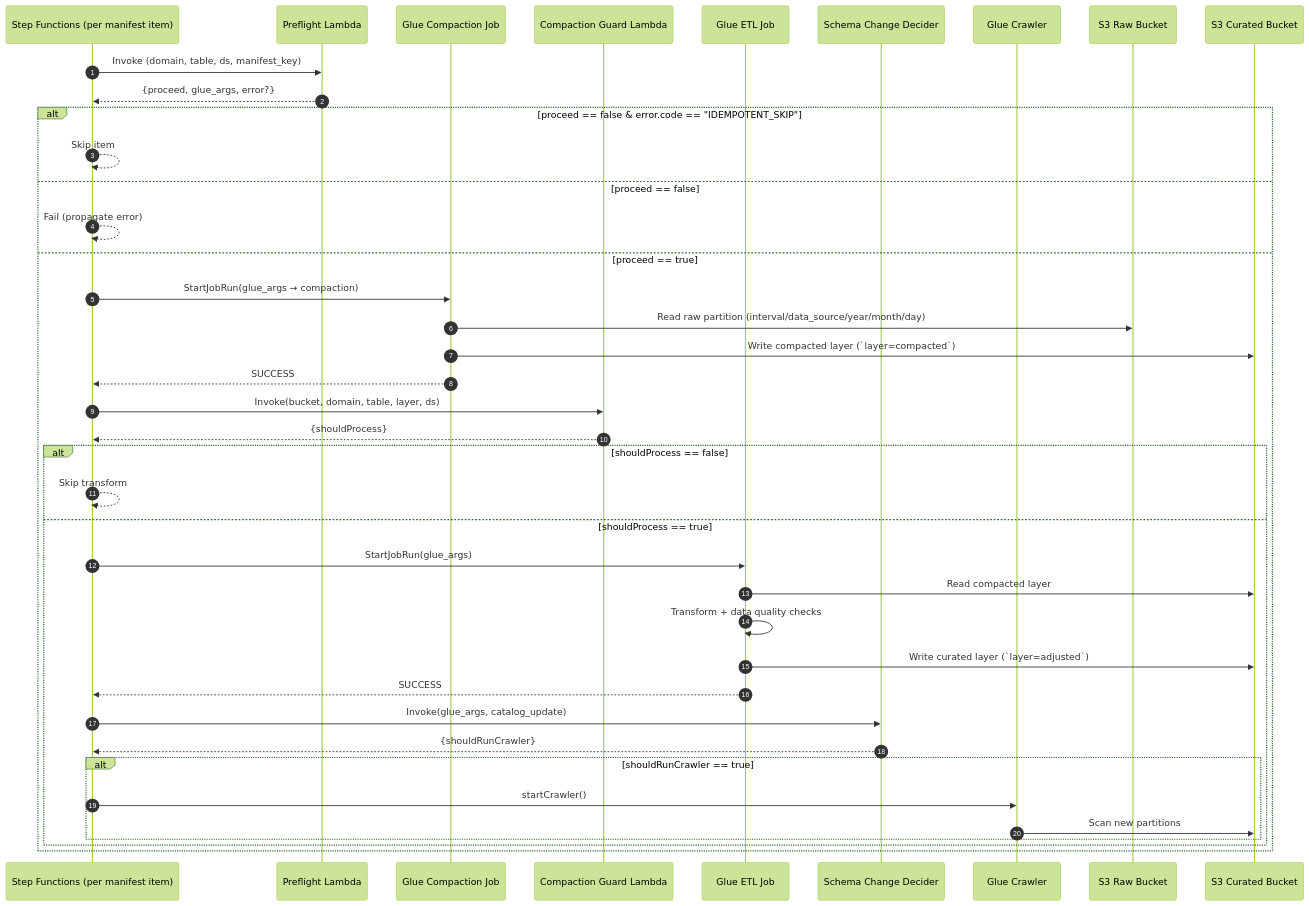
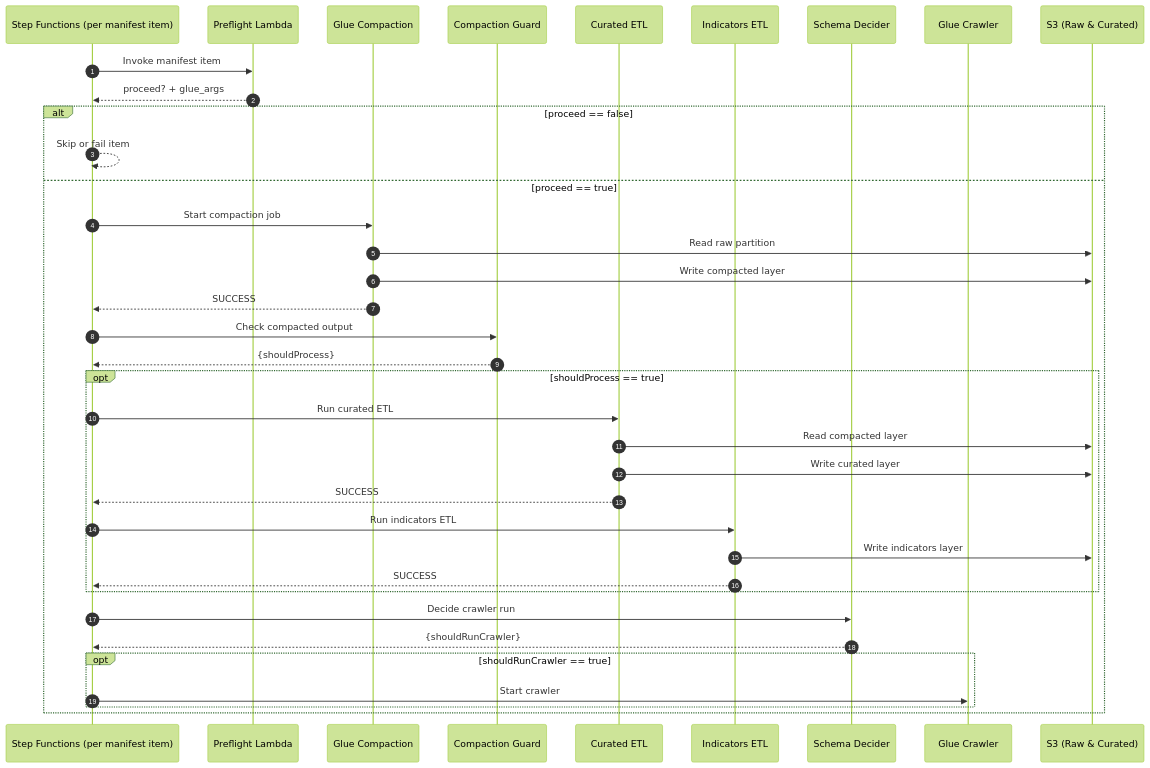
Before and after one commit to keemgdeok/fin-forge-pipeline: the diagram in docs/diagrams/transform/03-sequence.md, drawn with Mermaid (forest theme). The commit also changed 17 other files, not shown here.

Commit message:
feat: update transform docs/diagram

````diff
--- a/docs/diagrams/transform/03-sequence.md
+++ b/docs/diagrams/transform/03-sequence.md
@@ -1,43 +1,40 @@
 ```mermaid
 sequenceDiagram
   autonumber
   participant SF as Step Functions (per manifest item)
   participant PRE as Preflight Lambda
-  participant COMP as Glue Compaction Job
-  participant GUARD as Compaction Guard Lambda
-  participant ETL as Glue ETL Job
-  participant DEC as Schema Change Decider
+  participant COMP as Glue Compaction
+  participant GUARD as Compaction Guard
+  participant ETL as Curated ETL
+  participant IND as Indicators ETL
+  participant DEC as Schema Decider
   participant CR as Glue Crawler
-  participant RAW as S3 Raw Bucket
-  participant CUR as S3 Curated Bucket
+  participant S3 as S3 (Raw & Curated)
 
-  SF->>PRE: Invoke (domain, table, ds, manifest_key)
-  PRE-->>SF: {proceed, glue_args, error?}
-  alt proceed == false & error.code == "IDEMPOTENT_SKIP"
-    SF-->>SF: Skip item
-  else proceed == false
-    SF-->>SF: Fail (propagate error)
+  SF->>PRE: Invoke manifest item
+  PRE-->>SF: proceed? + glue_args
+  alt proceed == false
+    SF-->>SF: Skip or fail item
   else proceed == true
-    SF->>COMP: StartJobRun(glue_args → compaction)
-    COMP->>RAW: Read raw partition (interval/data_source/year/month/day)
-    COMP->>CUR: Write compacted layer (`layer=compacted`)
+    SF->>COMP: Start compaction job
+    COMP->>S3: Read raw partition
+    COMP->>S3: Write compacted layer
     COMP-->>SF: SUCCESS
-    SF->>GUARD: Invoke(bucket, domain, table, layer, ds)
+    SF->>GUARD: Check compacted output
     GUARD-->>SF: {shouldProcess}
-    alt shouldProcess == false
-      SF-->>SF: Skip transform
-    else shouldProcess == true
-      SF->>ETL: StartJobRun(glue_args)
-      ETL->>CUR: Read compacted layer
-      ETL->>ETL: Transform + data quality checks
-      ETL->>CUR: Write curated layer (`layer=adjusted`)
+    opt shouldProcess == true
+      SF->>ETL: Run curated ETL
+      ETL->>S3: Read compacted layer
+      ETL->>S3: Write curated layer
       ETL-->>SF: SUCCESS
-      SF->>DEC: Invoke(glue_args, catalog_update)
-      DEC-->>SF: {shouldRunCrawler}
-      alt shouldRunCrawler == true
-        SF->>CR: startCrawler()
-        CR->>CUR: Scan new partitions
-      end
+      SF->>IND: Run indicators ETL
+      IND->>S3: Write indicators layer
+      IND-->>SF: SUCCESS
+    end
+    SF->>DEC: Decide crawler run
+    DEC-->>SF: {shouldRunCrawler}
+    opt shouldRunCrawler == true
+      SF->>CR: Start crawler
     end
   end
 ```
````
